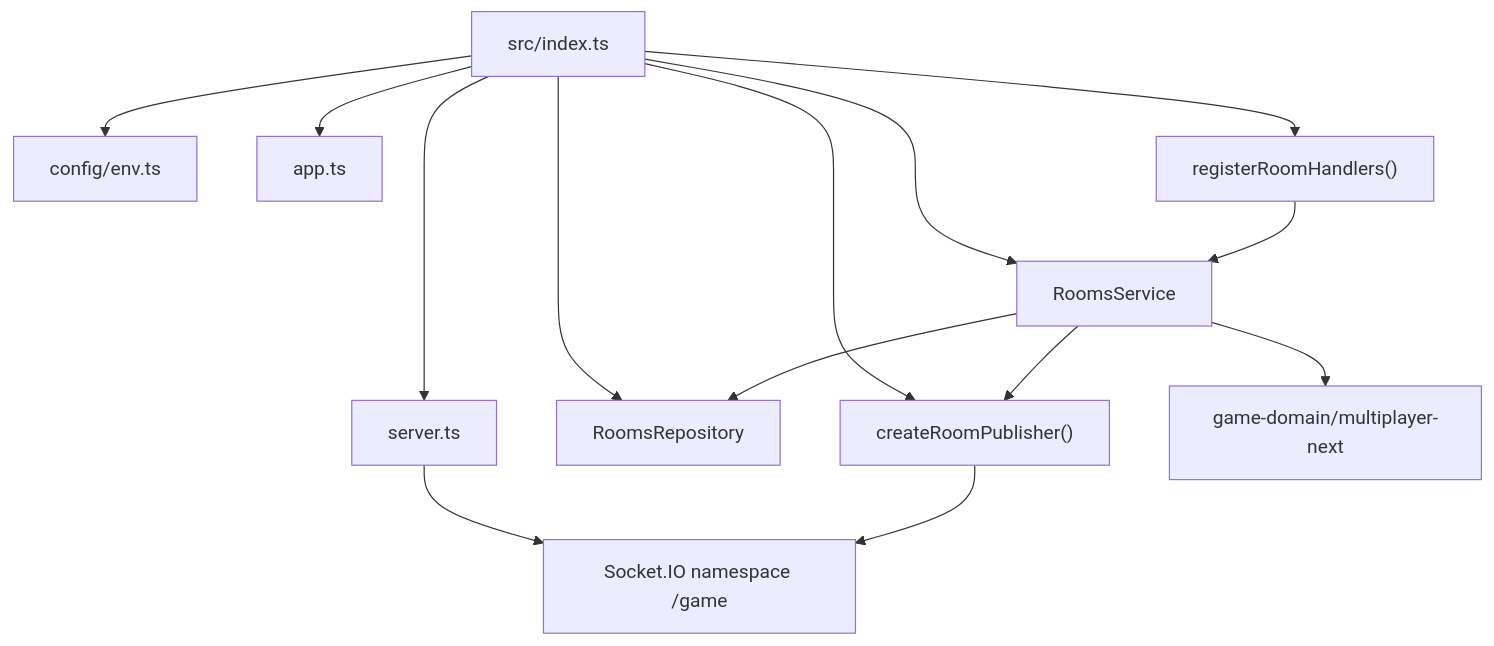
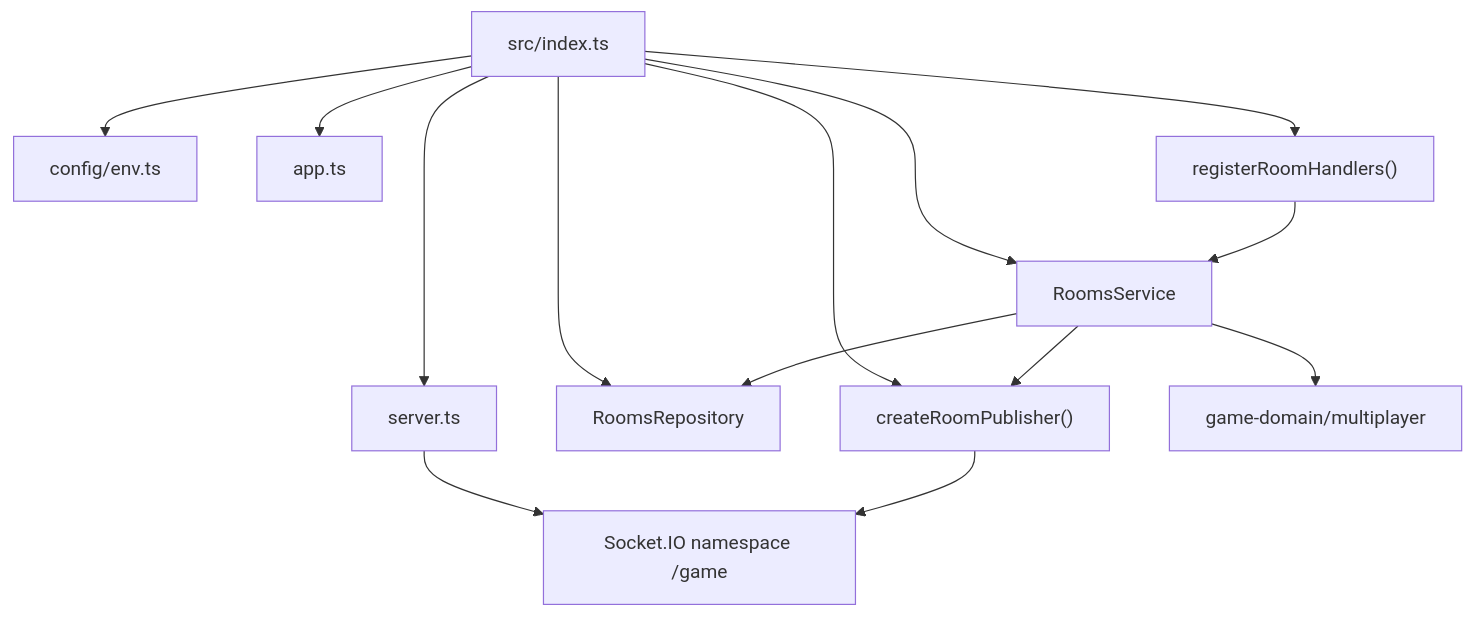
The third of 6 diagrams in docs/architecture/multiplayer.md (atamuratov07/maptap-game), drawn with Mermaid before and after one commit. The commit also changed other lines of this file and 54 other files, not shown here.

Commit message:
refactor: promote multiplayer-next to multiplayer, drop legacy tree

````diff
--- a/docs/architecture/multiplayer.md
+++ b/docs/architecture/multiplayer.md
@@ -84,17 +84,17 @@
 ```mermaid
 graph TD
     Index["src/index.ts"] --> Env["config/env.ts"]
     Index --> App["app.ts"]
     Index --> Realtime["server.ts"]
     Index --> Repo["RoomsRepository"]
     Index --> Service["RoomsService"]
     Index --> Publisher["createRoomPublisher()"]
     Index --> Handlers["registerRoomHandlers()"]
 
     Realtime --> Namespace["Socket.IO namespace /game"]
     Handlers --> Service
     Service --> Repo
-    Service --> Domain["game-domain/multiplayer-next"]
+    Service --> Domain["game-domain/multiplayer"]
     Service --> Publisher
     Publisher --> Namespace
 ```
````
